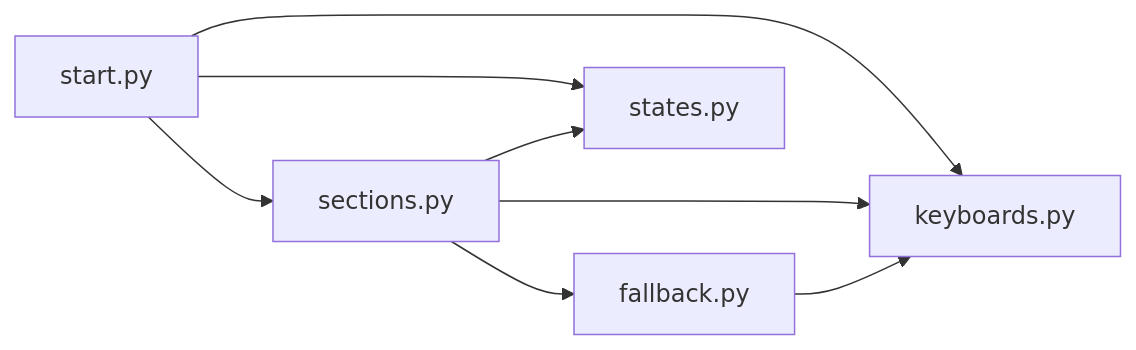
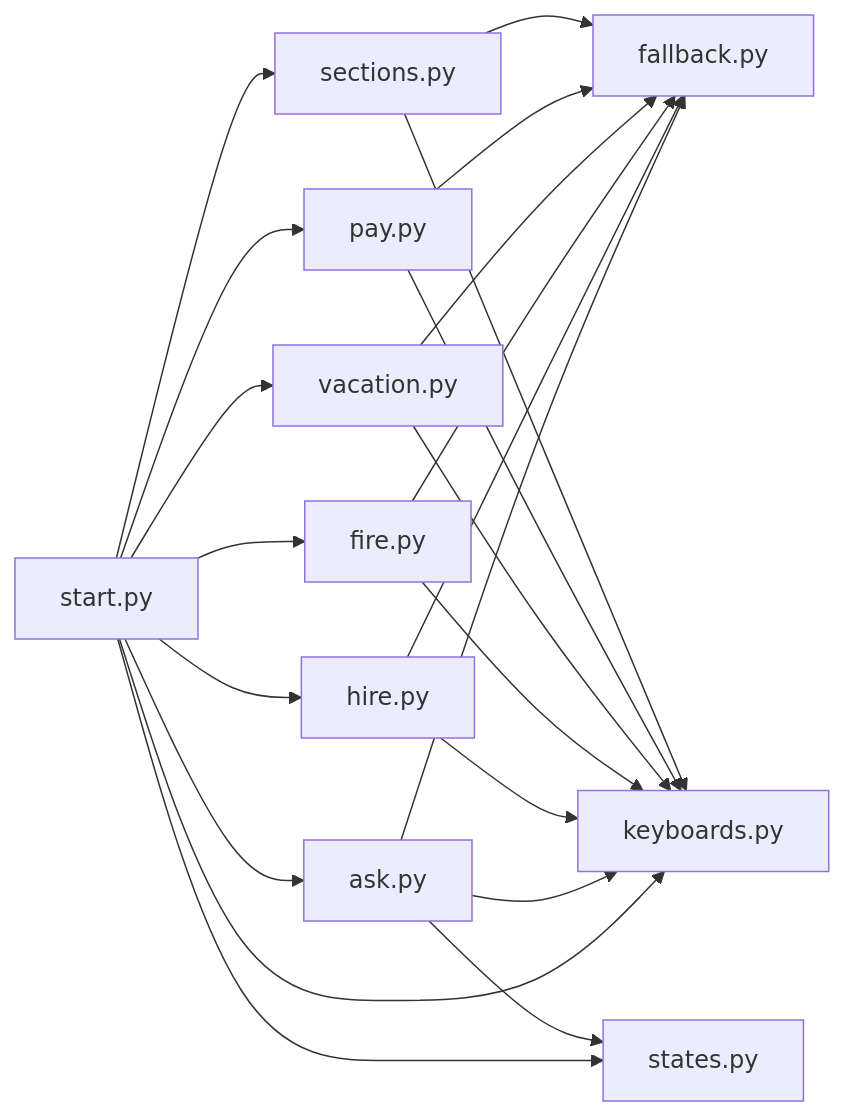
One commit to ognelis/cafetera_hr_bot changed the sixth of 6 diagrams in .qoder/repowiki/en/content/Main Menu and Navigation.md. Above: the diagram before and after it, drawn with Mermaid. The commit also changed other lines of this file and 14 other files, not shown here.

````diff
--- a/.qoder/repowiki/en/content/Main Menu and Navigation.md
+++ b/.qoder/repowiki/en/content/Main Menu and Navigation.md
@@ -285,10 +314,24 @@
 ```mermaid
 graph LR
-Start["start.py"] --> Sections["sections.py"]
-Sections --> Fallback["fallback.py"]
+Start["start.py"] --> Ask["ask.py"]
+Start --> Hire["hire.py"]
+Start --> Fire["fire.py"]
+Start --> Vacation["vacation.py"]
+Start --> Pay["pay.py"]
+Start --> Sections["sections.py"]
+Ask --> Fallback["fallback.py"]
+Hire --> Fallback
+Fire --> Fallback
+Vacation --> Fallback
+Pay --> Fallback
+Sections --> Fallback
 Start --> KB["keyboards.py"]
+Ask --> KB
+Hire --> KB
+Fire --> KB
+Vacation --> KB
+Pay --> KB
 Sections --> KB
-Fallback --> KB
 Start --> States["states.py"]
-Sections --> States
+Ask --> States
 ```
````
